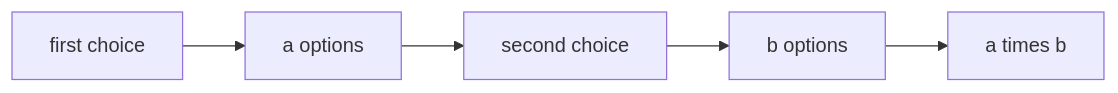
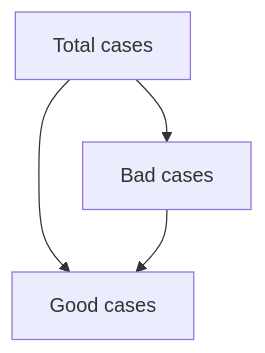
Diagram 11 of 14 in CP_DSA_NOTES/000_MATH/001_cp_maths_basics.md (mthaiseer/springcloud-systemdesign-notes), drawn with Mermaid before and after one commit. The commit also changed other lines of this file and 1 other file, not shown here.

````diff
--- a/CP_DSA_NOTES/000_MATH/001_cp_maths_basics.md
+++ b/CP_DSA_NOTES/000_MATH/001_cp_maths_basics.md
@@ -545,7 +677,6 @@
 ```mermaid
-flowchart LR
-    A[first choice] --> B[a options]
-    B --> C[second choice]
-    C --> D[b options]
-    D --> E[a times b]
+flowchart TD
+    A[Total cases] --> B[Bad cases]
+    A --> C[Good cases]
+    B --> C
 ```
````
